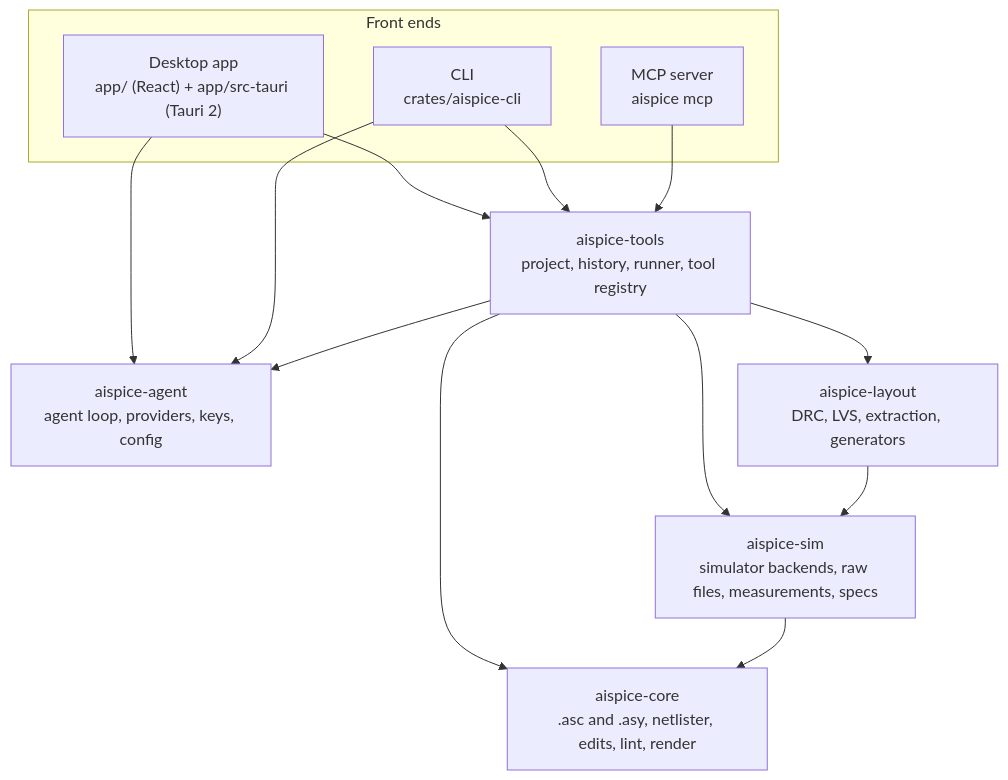
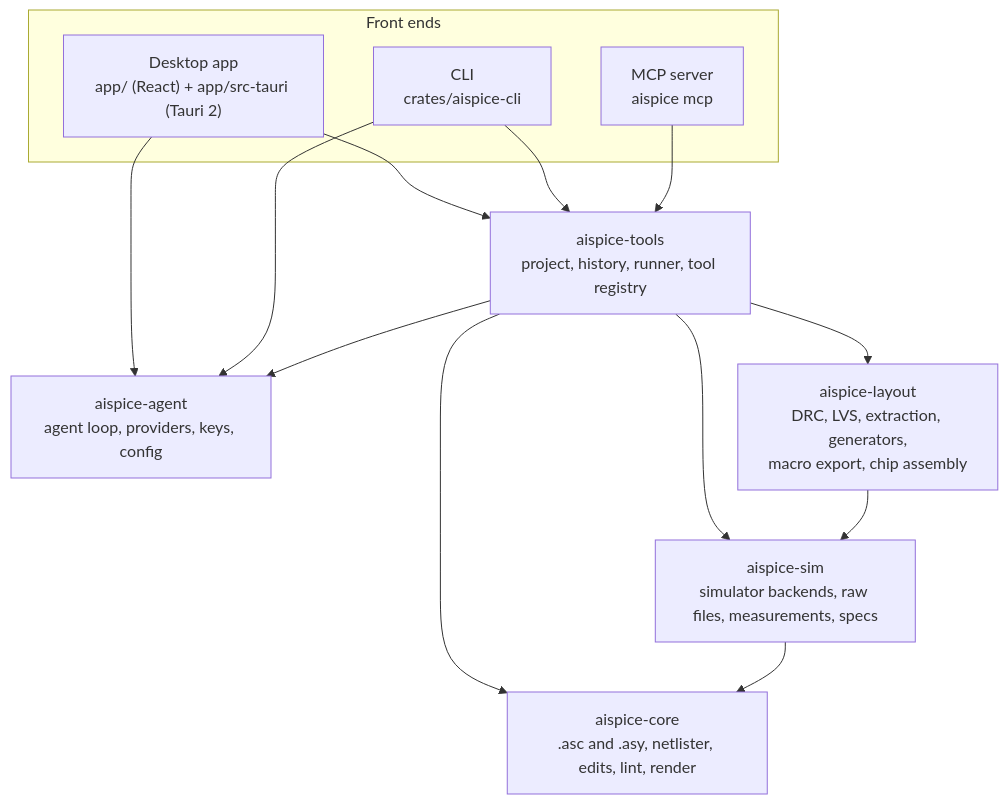
Before and after one commit to danieltyukov/aispice: the diagram in docs/ARCHITECTURE.md, drawn with Mermaid. The commit also changed other lines of this file and 51 other files, not shown here.

First line of the commit message:
Macro export and analog-on-top chip assembly on IHP SG13G2 (A4 part 2) (#43)

````diff
--- a/docs/ARCHITECTURE.md
+++ b/docs/ARCHITECTURE.md
@@ -5,24 +5,24 @@
 ```mermaid
 flowchart TB
   subgraph Front ends
     app["Desktop app<br/>app/ (React) + app/src-tauri (Tauri 2)"]
     cli["CLI<br/>crates/aispice-cli"]
     mcp["MCP server<br/>aispice mcp"]
   end
   tools["aispice-tools<br/>project, history, runner, tool registry"]
   agent["aispice-agent<br/>agent loop, providers, keys, config"]
   sim["aispice-sim<br/>simulator backends, raw files, measurements, specs"]
-  layout["aispice-layout<br/>DRC, LVS, extraction, generators"]
+  layout["aispice-layout<br/>DRC, LVS, extraction, generators,<br/>macro export, chip assembly"]
   core["aispice-core<br/>.asc and .asy, netlister, edits, lint, render"]
   app --> tools
   cli --> tools
   mcp --> tools
   app --> agent
   cli --> agent
   tools --> agent
   tools --> sim
   tools --> layout
   tools --> core
   layout --> sim
   sim --> core
 ```
````
